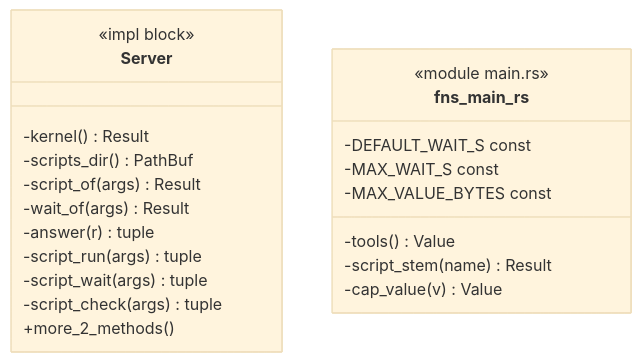
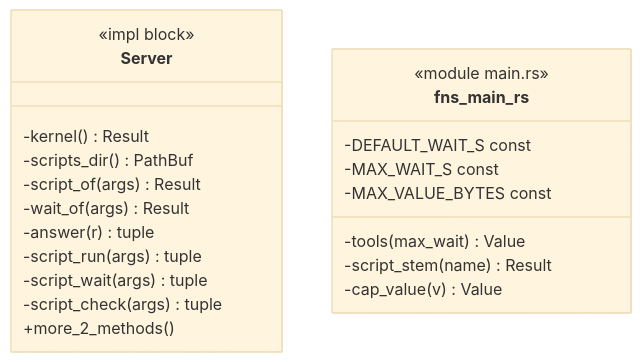
One commit to p-j-r/nyx changed the diagram in docs/architecture/c4/4-code/mcp/tools.md. Above: the diagram before and after it, drawn with Mermaid (base theme). The commit also changed other lines of this file and 48 other files, not shown here.

````diff
--- a/docs/architecture/c4/4-code/mcp/tools.md
+++ b/docs/architecture/c4/4-code/mcp/tools.md
@@ -31,24 +31,24 @@
 ```mermaid
 classDiagram
   class Server {
       <<impl block>>
       -kernel() Result
       -scripts_dir() PathBuf
       -script_of(args) Result
       -wait_of(args) Result
       -answer(r) tuple
       -script_run(args) tuple
       -script_wait(args) tuple
       -script_check(args) tuple
       +more_2_methods()
   }
   class fns_main_rs {
       <<module main.rs>>
-      -tools() Value
+      -tools(max_wait) Value
       -script_stem(name) Result
       -cap_value(v) Value
       -DEFAULT_WAIT_S const
       -MAX_WAIT_S const
       -MAX_VALUE_BYTES const
   }
 ```
````
